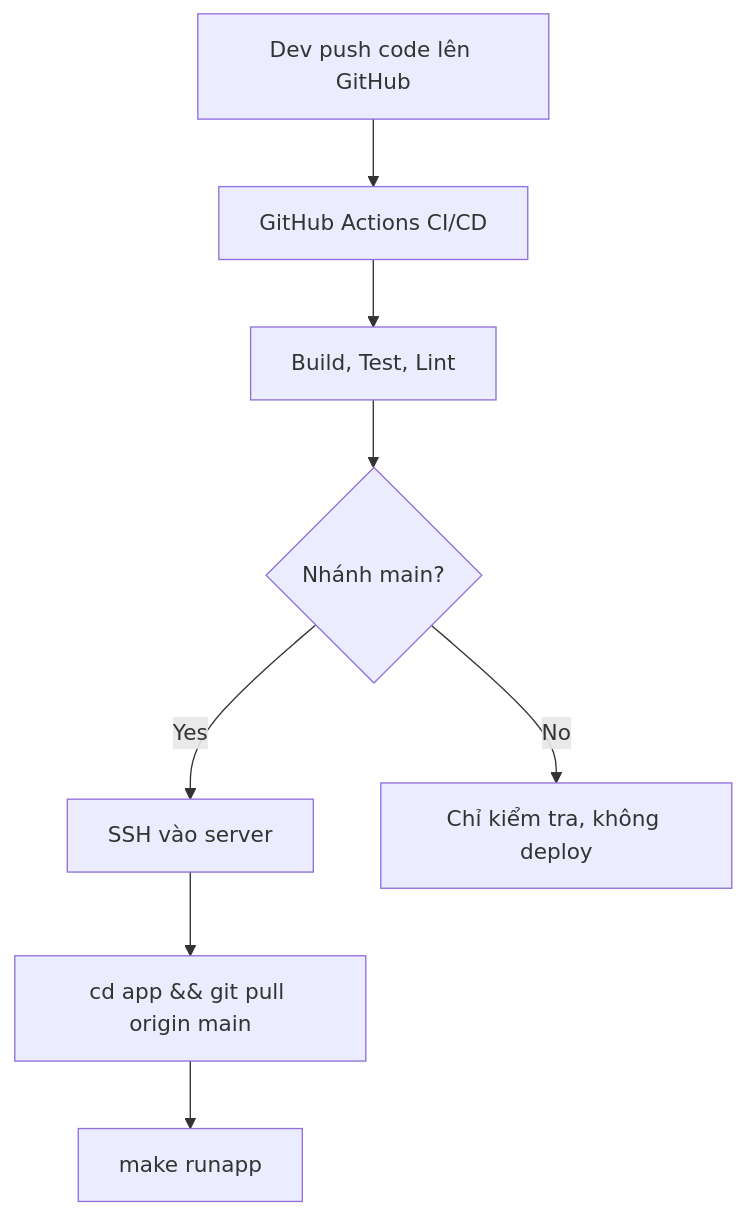
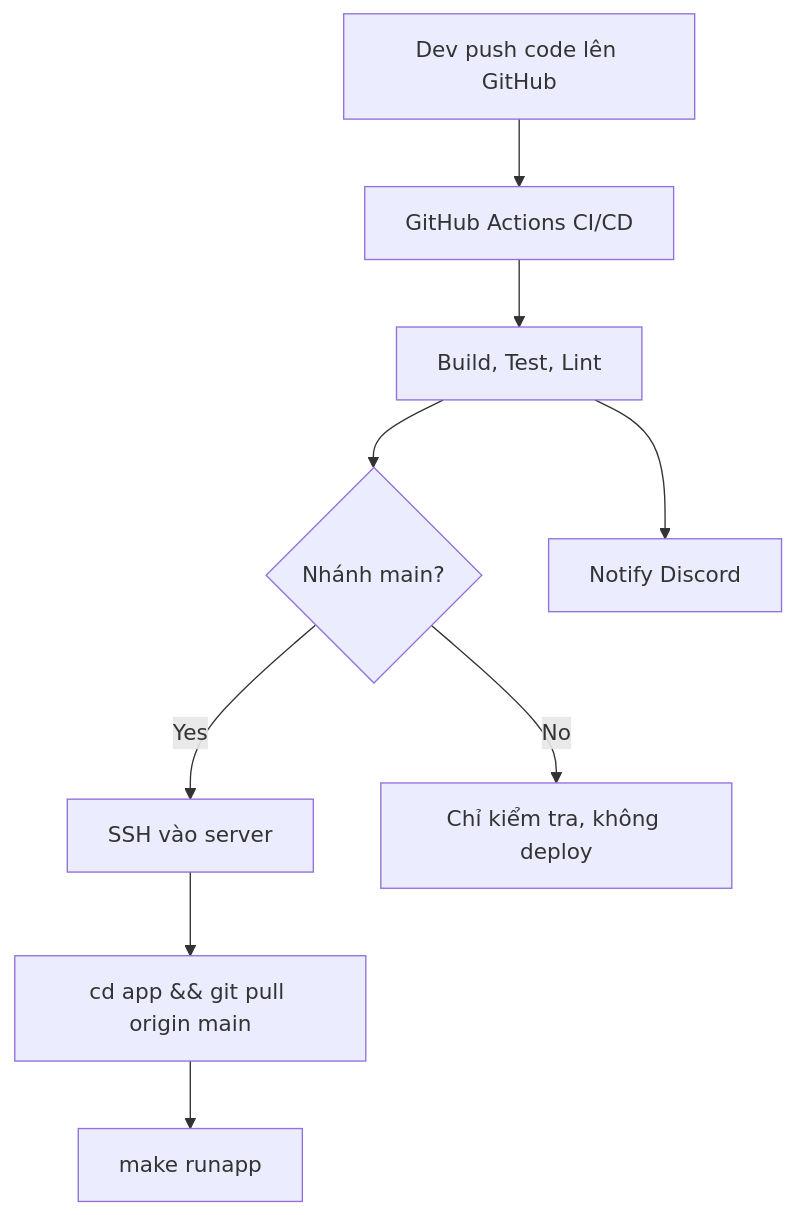
Before and after one commit to hiamt34/test-devops: the diagram in README.md, drawn with Mermaid. The commit also changed other lines of this file and 2 other files, not shown here.

````diff
--- a/README.md
+++ b/README.md
@@ -33,10 +33,11 @@
 ```mermaid
 graph TD
     A[Dev push code lên GitHub] --> B[GitHub Actions CI/CD]
     B --> C[Build, Test, Lint]
     C --> D{Nhánh main?}
     D -- Yes --> E[SSH vào server]
     E --> F[cd app && git pull origin main]
     F --> G[make runapp]
     D -- No --> H[Chỉ kiểm tra, không deploy]
+    C --> I[Notify Discord]
 ```
````
